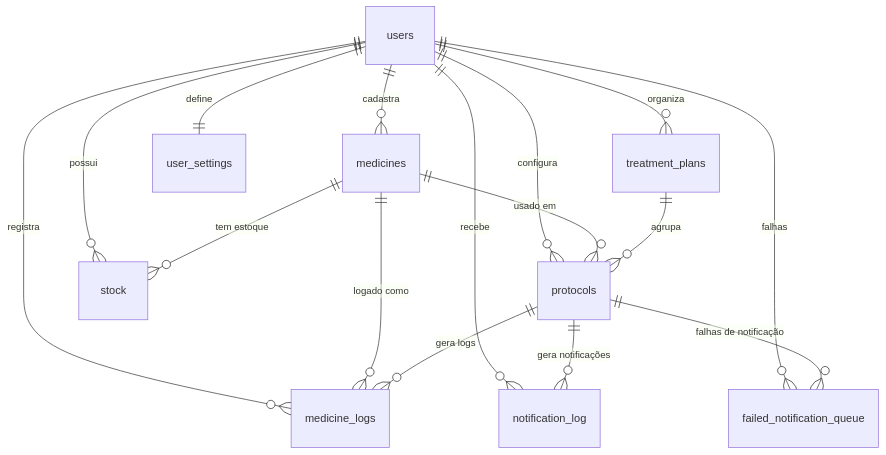
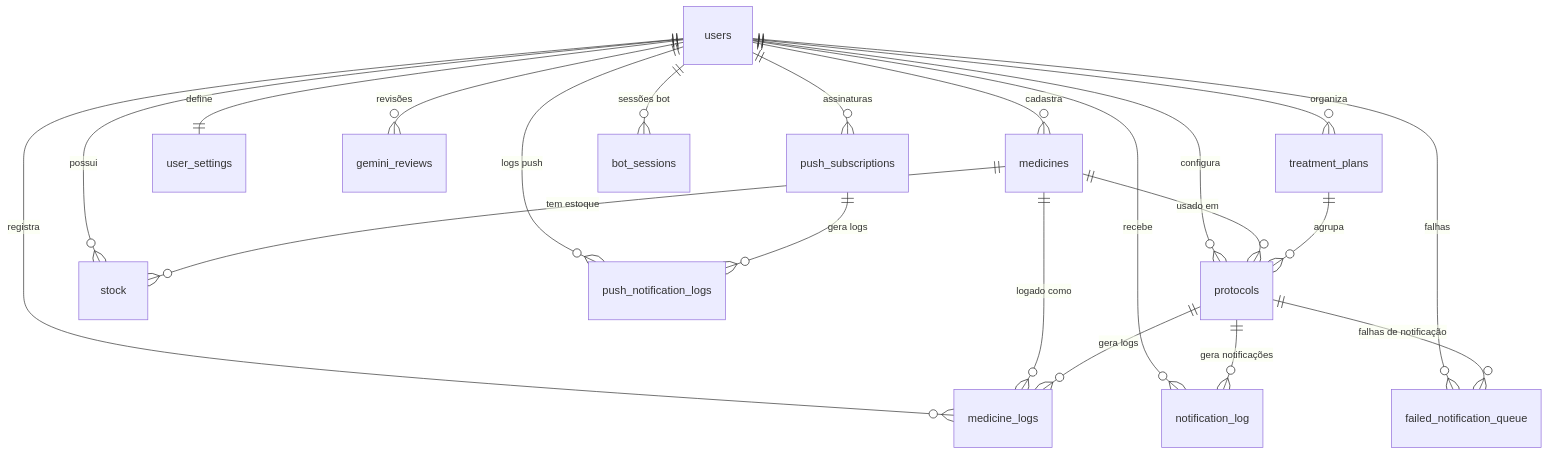
One commit to coelhotv/dosiq changed the diagram in docs/architecture/DATABASE.md. Above: the diagram before and after it, drawn with Mermaid. The commit also changed other lines of this file, not shown here.

Commit message:
docs: update database schemas doc

````diff
--- a/docs/architecture/DATABASE.md
+++ b/docs/architecture/DATABASE.md
@@ -10,20 +10,26 @@
 ```mermaid
 erDiagram
     users ||--o{ medicines : "cadastra"
     users ||--o{ protocols : "configura"
     users ||--o{ stock : "possui"
     users ||--o{ medicine_logs : "registra"
     users ||--o{ treatment_plans : "organiza"
     users ||--|| user_settings : "define"
     users ||--o{ notification_log : "recebe"
     users ||--o{ failed_notification_queue : "falhas"
+    users ||--o{ gemini_reviews : "revisões"
+    users ||--o{ push_subscriptions : "assinaturas"
+    users ||--o{ push_notification_logs : "logs push"
+    users ||--o{ bot_sessions : "sessões bot"
 
     medicines ||--o{ protocols : "usado em"
     medicines ||--o{ stock : "tem estoque"
     medicines ||--o{ medicine_logs : "logado como"
-    
+
     treatment_plans ||--o{ protocols : "agrupa"
     protocols ||--o{ medicine_logs : "gera logs"
     protocols ||--o{ notification_log : "gera notificações"
     protocols ||--o{ failed_notification_queue : "falhas de notificação"
+
+    push_subscriptions ||--o{ push_notification_logs : "gera logs"
 ```
````
